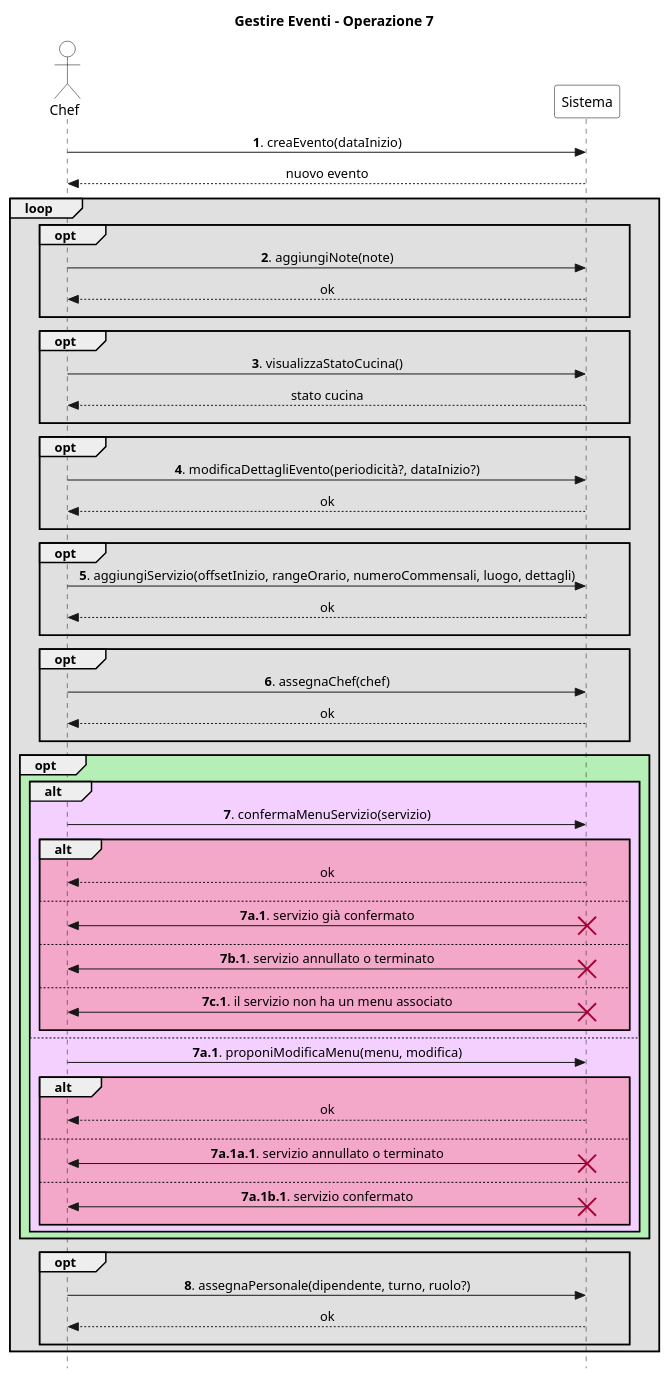
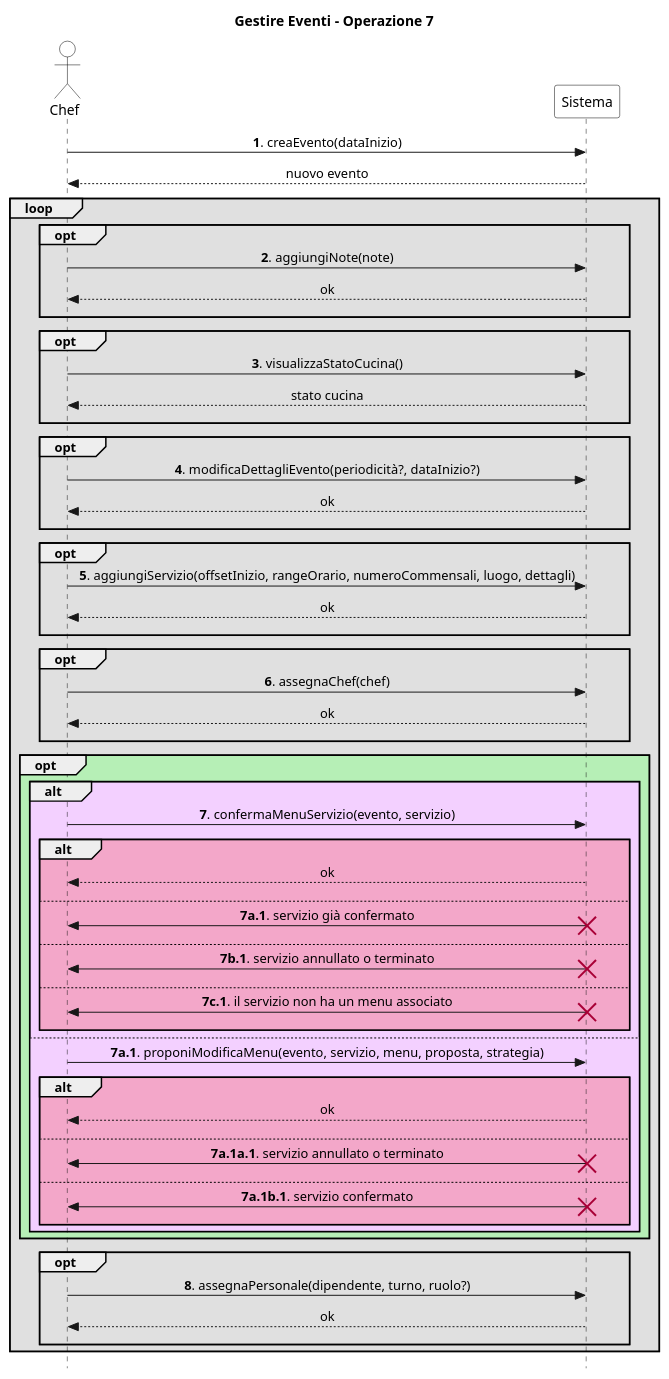
The diagram in UP/Requisiti/UC Gestire Eventi/SSD/Estensioni-Eccezioni Op7.puml (stefa168/sas-project), drawn with PlantUML before and after one commit. The commit also changed 4 other files, not shown here.

```diff
--- a/UP/Requisiti/UC Gestire Eventi/SSD/Estensioni-Eccezioni Op7.puml
+++ b/UP/Requisiti/UC Gestire Eventi/SSD/Estensioni-Eccezioni Op7.puml
@@ -1,93 +1,93 @@
 @startuml
 skinparam Style strictuml
 skinparam SequenceMessageAlign center
 
 skinparam sequence {
     ActorBorderColor Black
     ActorBackgroundColor White
     ParticipantBorderColor Black
     ParticipantBackgroundColor White
 }
 
 actor Chef
 participant Sistema
 
 title Gestire Eventi - Operazione 7
 
 Chef -> Sistema: **1**. creaEvento(dataInizio)
 return nuovo evento
 
 loop #e0e0e0
     opt #e0e0e0
         Chef -> Sistema: **2**. aggiungiNote(note)
         return ok
         ||10||
     end
 
     opt #e0e0e0
         Chef -> Sistema: **3**. visualizzaStatoCucina()
         return stato cucina
         ||10||
     end
 
     opt #e0e0e0
         Chef -> Sistema: **4**. modificaDettagliEvento(periodicità?, dataInizio?)
         return ok
         ||10||
     end
 
     opt #e0e0e0
         Chef -> Sistema: **5**. aggiungiServizio(offsetInizio, rangeOrario, numeroCommensali, luogo, dettagli)
         return ok
         ||10||
     end
 
     opt #e0e0e0
         Chef -> Sistema: **6**. assegnaChef(chef)
         return ok
         ||10||
     end
 
     opt #b6efb6
         alt #f3d0ff
-            Chef -> Sistema: **7**. confermaMenuServizio(servizio)
+            Chef -> Sistema: **7**. confermaMenuServizio(evento, servizio)
             alt #f3a7c9
                 return ok
                 ||10||
             else
                 Chef <- Sistema: **7a.1**. servizio già confermato
                 destroy Sistema
                 ||10||
             else
                 Chef <- Sistema: **7b.1**. servizio annullato o terminato
                 destroy Sistema
                 ||10||
             else
                 Chef <- Sistema: **7c.1**. il servizio non ha un menu associato
                 destroy Sistema
                 ||10||
             end
         else
-            Chef -> Sistema: **7a.1**. proponiModificaMenu(menu, modifica)
+            Chef -> Sistema: **7a.1**. proponiModificaMenu(evento, servizio, menu, proposta, strategia)
             alt #f3a7c9
                 return ok
                 ||10||
             else
                 Chef <- Sistema: **7a.1a.1**. servizio annullato o terminato
                 destroy Sistema
                 ||10||
             else
                 Chef <- Sistema: **7a.1b.1**. servizio confermato
                 destroy Sistema
                 ||10||
             end
         end
     end
 
     opt #e0e0e0
         Chef -> Sistema: **8**. assegnaPersonale(dipendente, turno, ruolo?)
         return ok
         ||10||
     end
 end
 @enduml
```
